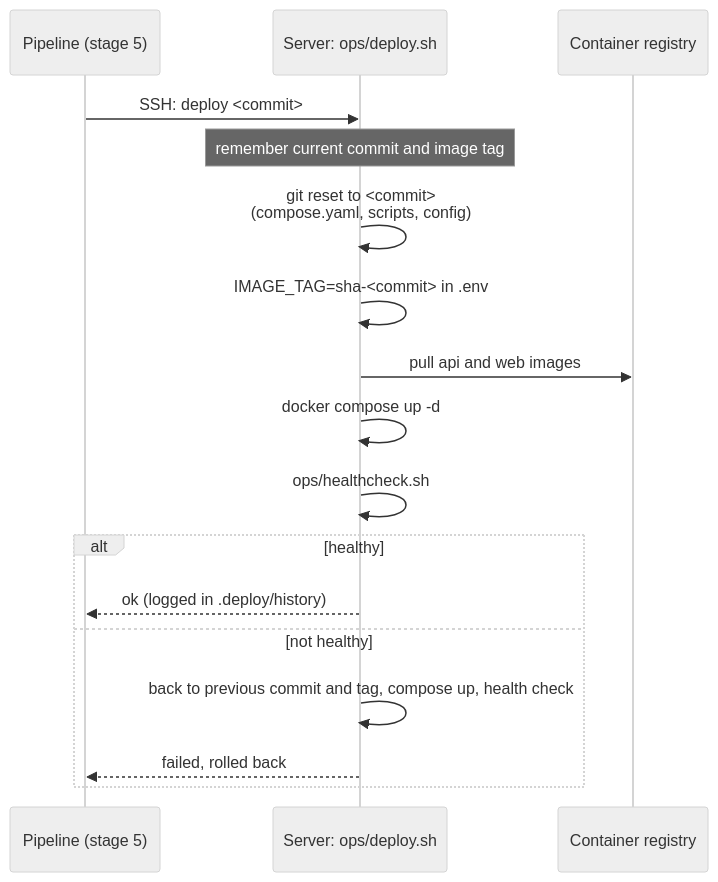
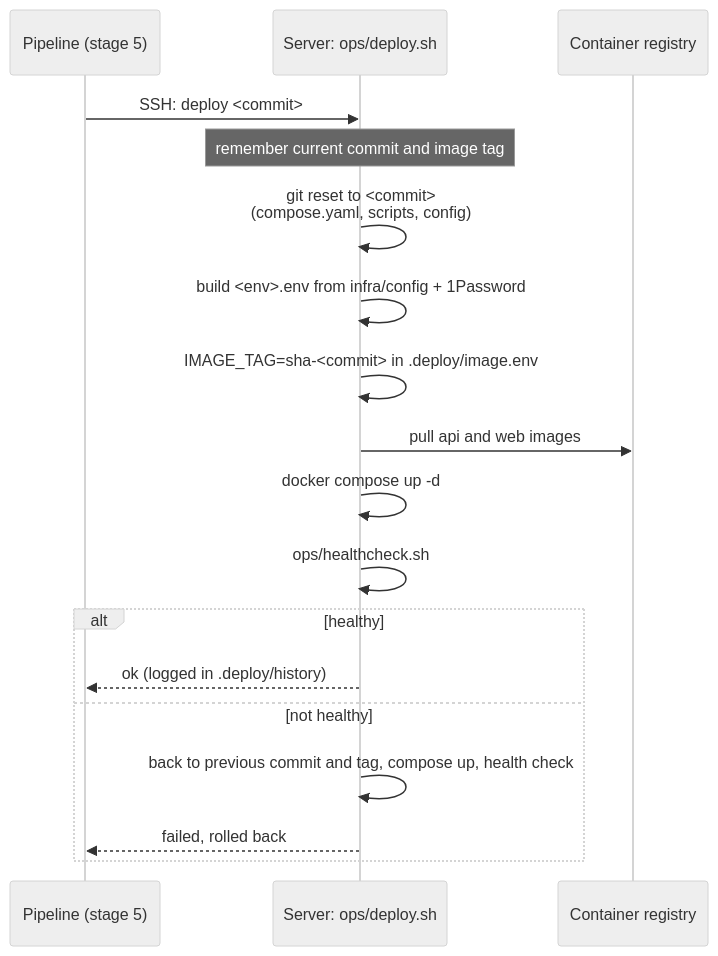
One commit to Hbrauveres/xove changed the second of 2 diagrams in docs/deployment.md. Above: the diagram before and after it, drawn with Mermaid (neutral theme). The commit also changed other lines of this file and 15 other files, not shown here.

First line of the commit message:
feat: secrets in 1Password, one generated .env per environment (#72)

````diff
--- a/docs/deployment.md
+++ b/docs/deployment.md
@@ -37,19 +37,20 @@
 ```mermaid
 sequenceDiagram
   participant GH as Pipeline (stage 5)
   participant S as Server: ops/deploy.sh
   participant R as Container registry
   GH->>S: SSH: deploy <commit>
   Note over S: remember current commit and image tag
   S->>S: git reset to <commit><br/>(compose.yaml, scripts, config)
-  S->>S: IMAGE_TAG=sha-<commit> in .env
+  S->>S: build <env>.env from infra/config + 1Password
+  S->>S: IMAGE_TAG=sha-<commit> in .deploy/image.env
   S->>R: pull api and web images
   S->>S: docker compose up -d
   S->>S: ops/healthcheck.sh
   alt healthy
     S-->>GH: ok (logged in .deploy/history)
   else not healthy
     S->>S: back to previous commit and tag, compose up, health check
     S-->>GH: failed, rolled back
   end
 ```
````
